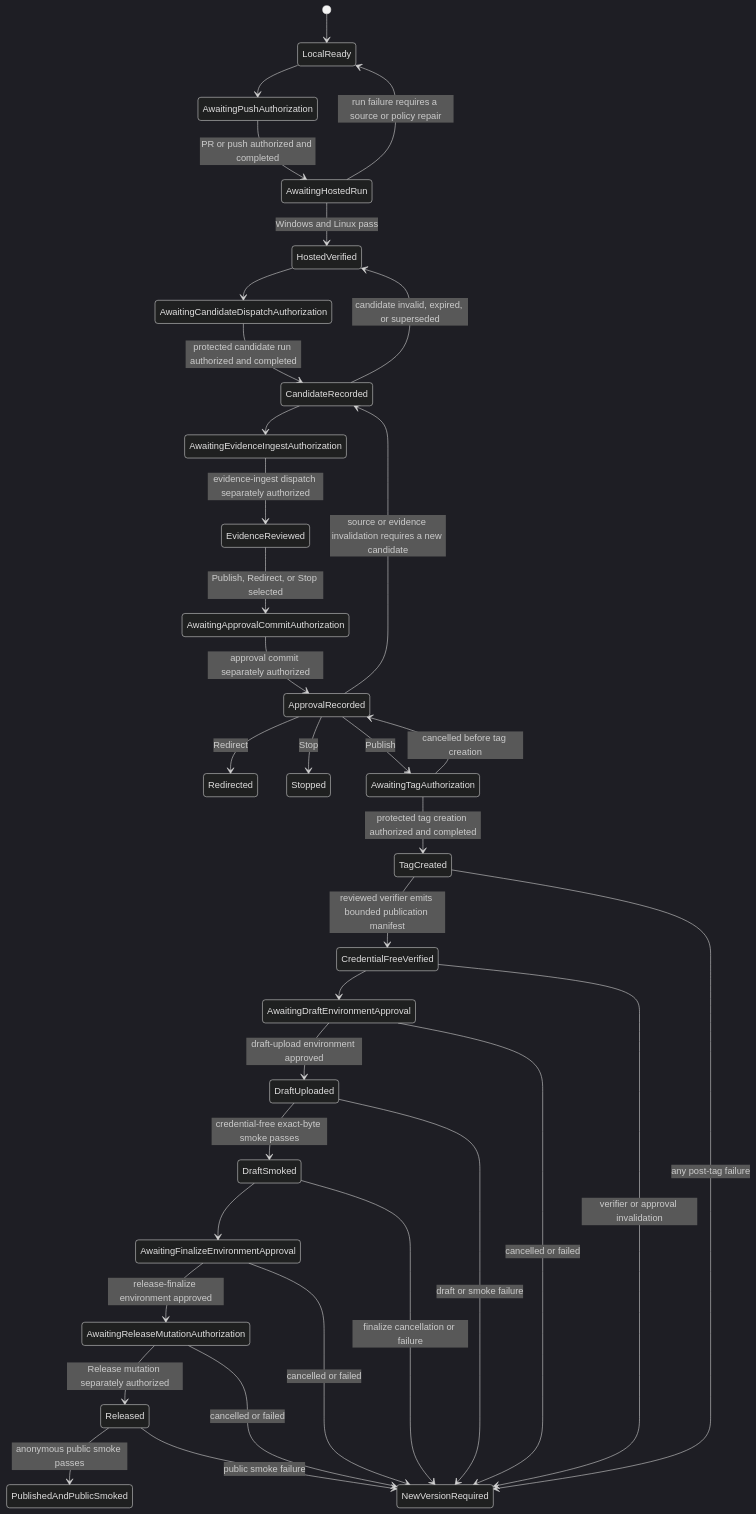
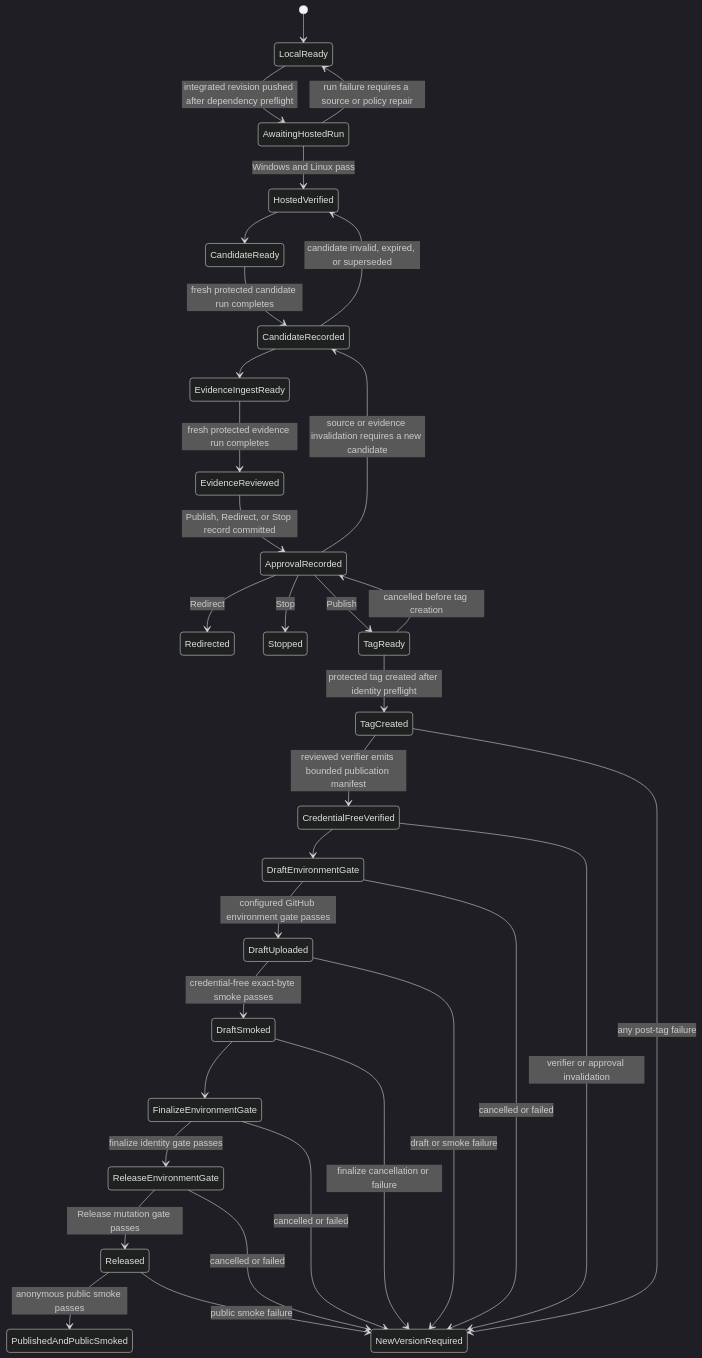
One commit to Latias94/nara changed the fourth of 4 diagrams in docs/plans/2026-07-21-001-refactor-runtime-authority-product-delivery-plan.md. Above: the diagram before and after it, drawn with Mermaid (dark theme). The commit also changed other lines of this file and 5 other files, not shown here.

````diff
--- a/docs/plans/2026-07-21-001-refactor-runtime-authority-product-delivery-plan.md
+++ b/docs/plans/2026-07-21-001-refactor-runtime-authority-product-delivery-plan.md
@@ -256,37 +257,35 @@
 ```mermaid
 stateDiagram-v2
   [*] --> LocalReady
-  LocalReady --> AwaitingPushAuthorization
-  AwaitingPushAuthorization --> AwaitingHostedRun: PR or push authorized and completed
+  LocalReady --> AwaitingHostedRun: integrated revision pushed after dependency preflight
   AwaitingHostedRun --> HostedVerified: Windows and Linux pass
   AwaitingHostedRun --> LocalReady: run failure requires a source or policy repair
-  HostedVerified --> AwaitingCandidateDispatchAuthorization
-  AwaitingCandidateDispatchAuthorization --> CandidateRecorded: protected candidate run authorized and completed
+  HostedVerified --> CandidateReady
+  CandidateReady --> CandidateRecorded: fresh protected candidate run completes
   CandidateRecorded --> HostedVerified: candidate invalid, expired, or superseded
-  CandidateRecorded --> AwaitingEvidenceIngestAuthorization
-  AwaitingEvidenceIngestAuthorization --> EvidenceReviewed: evidence-ingest dispatch separately authorized
-  EvidenceReviewed --> AwaitingApprovalCommitAuthorization: Publish, Redirect, or Stop selected
-  AwaitingApprovalCommitAuthorization --> ApprovalRecorded: approval commit separately authorized
+  CandidateRecorded --> EvidenceIngestReady
+  EvidenceIngestReady --> EvidenceReviewed: fresh protected evidence run completes
+  EvidenceReviewed --> ApprovalRecorded: Publish, Redirect, or Stop record committed
   ApprovalRecorded --> CandidateRecorded: source or evidence invalidation requires a new candidate
   ApprovalRecorded --> Redirected: Redirect
   ApprovalRecorded --> Stopped: Stop
-  ApprovalRecorded --> AwaitingTagAuthorization: Publish
-  AwaitingTagAuthorization --> ApprovalRecorded: cancelled before tag creation
-  AwaitingTagAuthorization --> TagCreated: protected tag creation authorized and completed
+  ApprovalRecorded --> TagReady: Publish
+  TagReady --> ApprovalRecorded: cancelled before tag creation
+  TagReady --> TagCreated: protected tag created after identity preflight
   TagCreated --> CredentialFreeVerified: reviewed verifier emits bounded publication manifest
-  CredentialFreeVerified --> AwaitingDraftEnvironmentApproval
-  AwaitingDraftEnvironmentApproval --> DraftUploaded: draft-upload environment approved
+  CredentialFreeVerified --> DraftEnvironmentGate
+  DraftEnvironmentGate --> DraftUploaded: configured GitHub environment gate passes
   DraftUploaded --> DraftSmoked: credential-free exact-byte smoke passes
-  DraftSmoked --> AwaitingFinalizeEnvironmentApproval
-  AwaitingFinalizeEnvironmentApproval --> AwaitingReleaseMutationAuthorization: release-finalize environment approved
-  AwaitingReleaseMutationAuthorization --> Released: Release mutation separately authorized
+  DraftSmoked --> FinalizeEnvironmentGate
+  FinalizeEnvironmentGate --> ReleaseEnvironmentGate: finalize identity gate passes
+  ReleaseEnvironmentGate --> Released: Release mutation gate passes
   Released --> PublishedAndPublicSmoked: anonymous public smoke passes
   TagCreated --> NewVersionRequired: any post-tag failure
   CredentialFreeVerified --> NewVersionRequired: verifier or approval invalidation
-  AwaitingDraftEnvironmentApproval --> NewVersionRequired: cancelled or failed
+  DraftEnvironmentGate --> NewVersionRequired: cancelled or failed
   DraftUploaded --> NewVersionRequired: draft or smoke failure
   DraftSmoked --> NewVersionRequired: finalize cancellation or failure
-  AwaitingFinalizeEnvironmentApproval --> NewVersionRequired: cancelled or failed
-  AwaitingReleaseMutationAuthorization --> NewVersionRequired: cancelled or failed
+  FinalizeEnvironmentGate --> NewVersionRequired: cancelled or failed
+  ReleaseEnvironmentGate --> NewVersionRequired: cancelled or failed
   Released --> NewVersionRequired: public smoke failure
 ```
````
